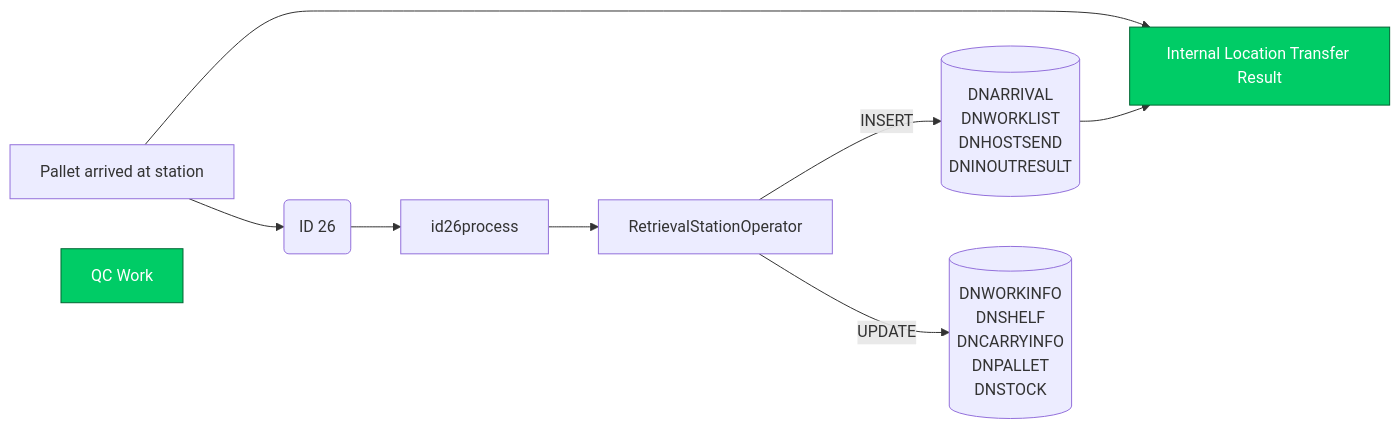
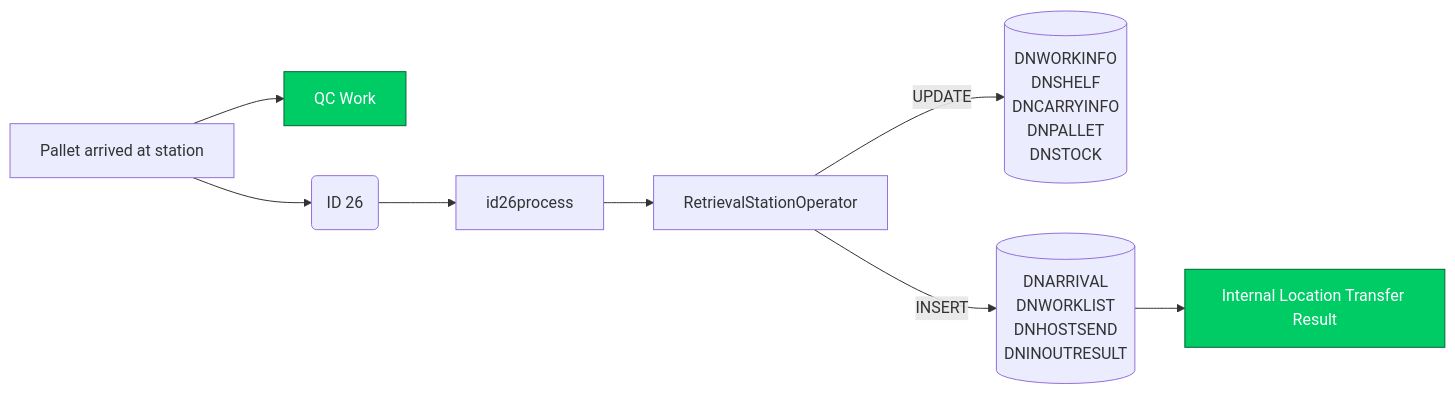
Diagram 17 of 17 in Basic-Design/DFD-WMS/Retrieval/QC-Setting/Retrieval-for-QC-Start.md (luthfiadityaa/SimeDarby-Wiki), drawn with Mermaid before and after one commit.

Commit message:
Updated Retrieval for QC Start

```diff
--- a/Basic-Design/DFD-WMS/Retrieval/QC-Setting/Retrieval-for-QC-Start.md
+++ b/Basic-Design/DFD-WMS/Retrieval/QC-Setting/Retrieval-for-QC-Start.md
@@ -678,51 +678,51 @@
 ::: mermaid
 flowchart LR
 
 buttonclicked["
 Pallet arrived at station
 "]
 
 buttonclicked2["
 Internal Location Transfer Result 
 "]
 
 buttonclicked3["
 QC Work 
 "]
 
 id26msg("
 ID 26
 ")
 
 id26-update[("
 DNWORKINFO
 DNSHELF
 DNCARRYINFO
 DNPALLET
 DNSTOCK
 ")]
 
 id26-insert[("
 DNARRIVAL
 DNWORKLIST
 DNHOSTSEND
 DNINOUTRESULT
 ")]
 
 id26process[id26process]
 retrievaloperator[RetrievalStationOperator]
 
-buttonclicked-->buttonclicked2
+buttonclicked-->buttonclicked3
 buttonclicked --> id26msg
 id26msg -->id26process
 id26process-->retrievaloperator
 
 retrievaloperator--> |INSERT| id26-insert
 retrievaloperator--> |UPDATE| id26-update
 id26-insert-->buttonclicked2 
 
 click buttonclicked2 "https://dev.azure.com/Daifuku-SW/ID_SimeDarbyPlantation/_wiki/wikis/ID_SimeDarbyPlantation.wiki/948/Unplanned-Storage-from-HP" "Go to HP"
 click buttonclicked3 "https://dev.azure.com/Daifuku-SW/ID_SimeDarbyPlantation/_wiki/wikis/ID_SimeDarbyPlantation.wiki/880/Unplanned-Storage-from-OP-Area" "Go to OP"
 style buttonclicked2 fill:#00cc66,stroke:#006633,color:#ffffff
 style buttonclicked3 fill:#00cc66,stroke:#006633,color:#ffffff
 :::
```
